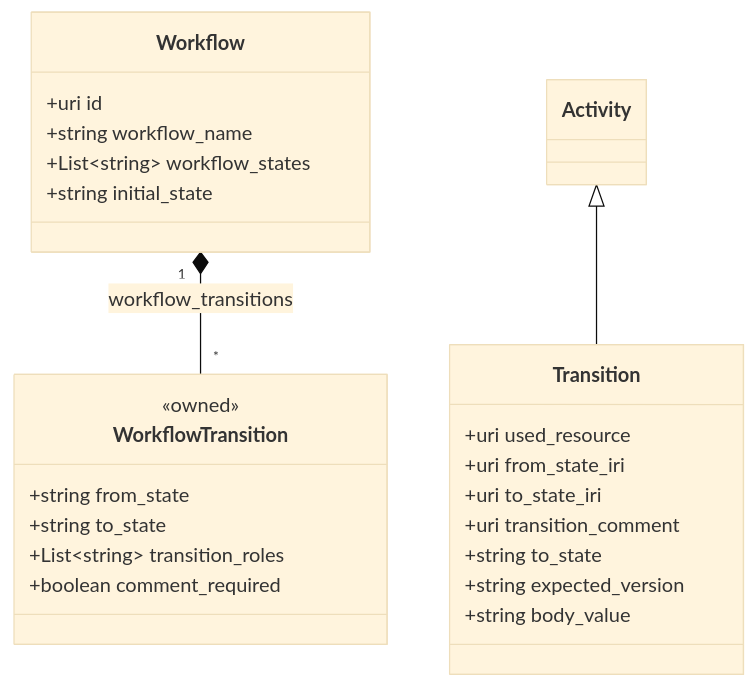
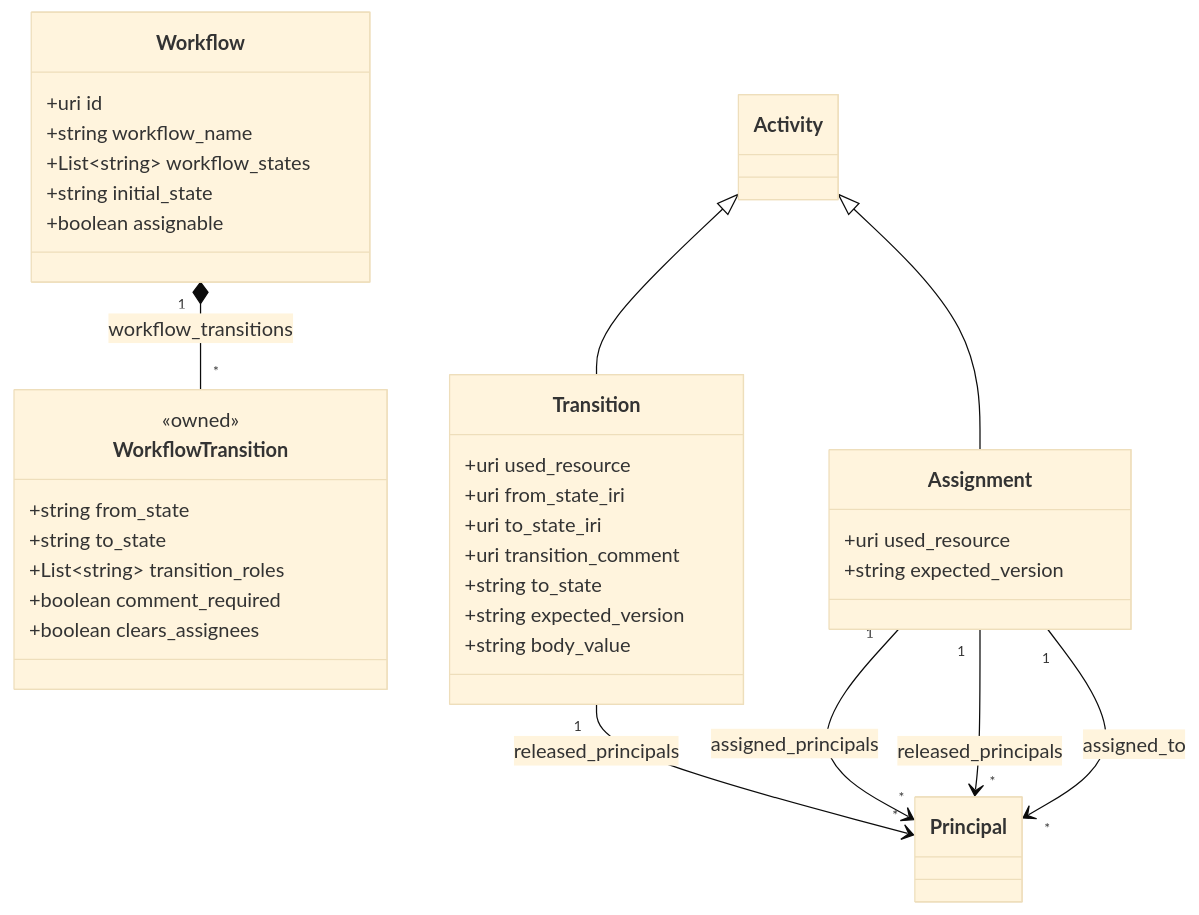
Before and after one commit to meaningfy-ws/rdf-persistence: the diagram in docs/modules/ROOT/partials/model/rp_workflow.mmd, drawn with Mermaid (base theme). The commit also changed 36 other files, not shown here.

First line of the commit message:
feat(workflow): model assignees, assignable workflows and assignments

```diff
--- a/docs/modules/ROOT/partials/model/rp_workflow.mmd
+++ b/docs/modules/ROOT/partials/model/rp_workflow.mmd
@@ -1,26 +1,38 @@
 classDiagram
     class Workflow {
         +uri id
         +string workflow_name
         +List~string~ workflow_states
         +string initial_state
+        +boolean assignable
     }
     class WorkflowTransition {
         <<owned>>
         +string from_state
         +string to_state
         +List~string~ transition_roles
         +boolean comment_required
+        +boolean clears_assignees
     }
     class Transition {
         +uri used_resource
         +uri from_state_iri
         +uri to_state_iri
         +uri transition_comment
         +string to_state
         +string expected_version
         +string body_value
     }
+    class Assignment {
+        +uri used_resource
+        +string expected_version
+    }
     class Activity
+    class Principal
     Workflow "1" *-- "*" WorkflowTransition : workflow_transitions
+    Transition "1" --> "*" Principal : released_principals
     Activity <|-- Transition
+    Assignment "1" --> "*" Principal : assigned_principals
+    Assignment "1" --> "*" Principal : released_principals
+    Assignment "1" --> "*" Principal : assigned_to
+    Activity <|-- Assignment
```
